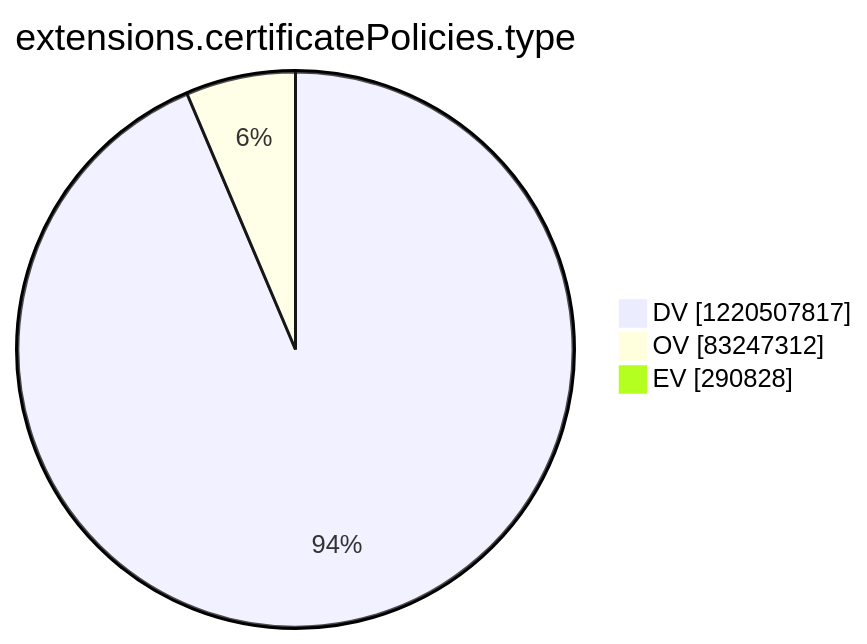
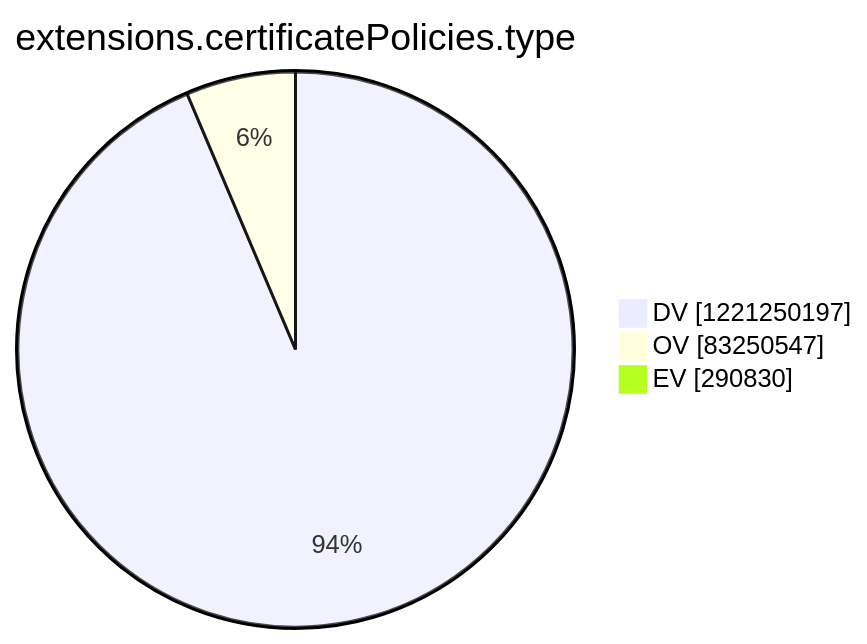
One commit to christiankrug/ctmonitor_visualization changed the tenth of 15 diagrams in argon2022/README.md. Above: the diagram before and after it, drawn with Mermaid. The commit also changed other lines of this file, not shown here.

````diff
--- a/argon2022/README.md
+++ b/argon2022/README.md
@@ -2769,7 +2769,7 @@
 ```mermaid
 pie showData
 title extensions.certificatePolicies.type
-"DV" :1220507817
-"OV" :83247312
-"EV" :290828
+"DV" :1221250197
+"OV" :83250547
+"EV" :290830
 ```
````
